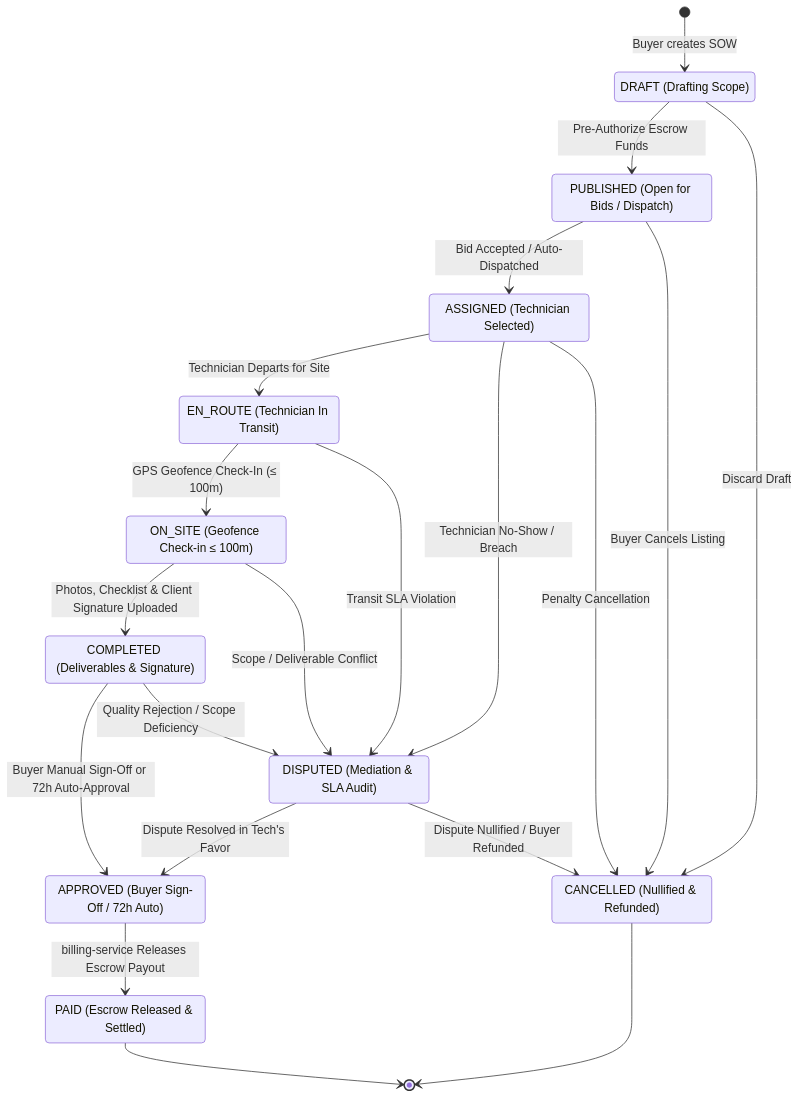
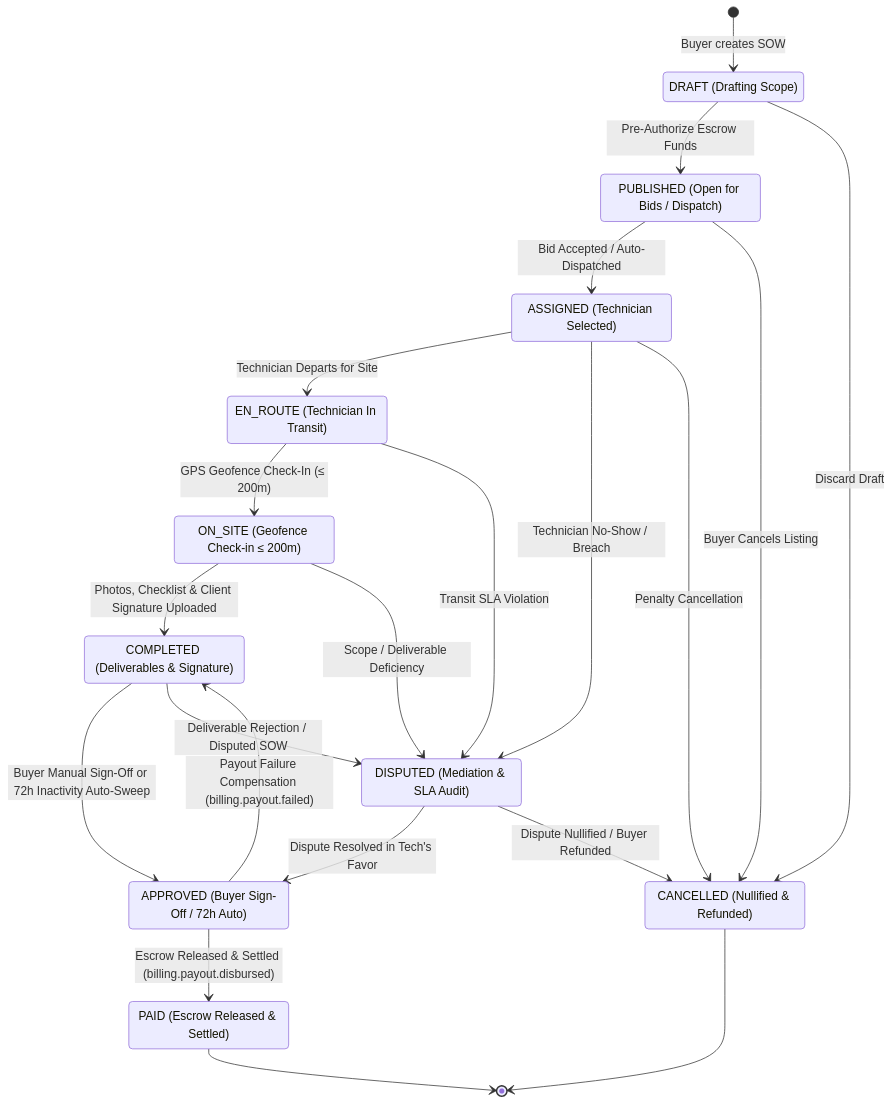
One commit to satya-ranjon/FieldForge changed the fifth of 5 diagrams in README.md. Above: the diagram before and after it, drawn with Mermaid. The commit also changed other lines of this file and 10 other files, not shown here.

````diff
--- a/README.md
+++ b/README.md
@@ -360,44 +456,45 @@
 ```mermaid
 stateDiagram-v2
     direction TB
 
     [*] --> DRAFT : Buyer creates SOW
 
     state "DRAFT (Drafting Scope)" as DRAFT
     state "PUBLISHED (Open for Bids / Dispatch)" as PUBLISHED
     state "ASSIGNED (Technician Selected)" as ASSIGNED
     state "EN_ROUTE (Technician In Transit)" as EN_ROUTE
-    state "ON_SITE (Geofence Check-in ≤ 100m)" as ON_SITE
+    state "ON_SITE (Geofence Check-in ≤ 200m)" as ON_SITE
     state "COMPLETED (Deliverables & Signature)" as COMPLETED
     state "APPROVED (Buyer Sign-Off / 72h Auto)" as APPROVED
     state "PAID (Escrow Released & Settled)" as PAID
     state "DISPUTED (Mediation & SLA Audit)" as DISPUTED
     state "CANCELLED (Nullified & Refunded)" as CANCELLED
 
     DRAFT --> PUBLISHED : Pre-Authorize Escrow Funds
     DRAFT --> CANCELLED : Discard Draft
 
     PUBLISHED --> ASSIGNED : Bid Accepted / Auto-Dispatched
     PUBLISHED --> CANCELLED : Buyer Cancels Listing
 
     ASSIGNED --> EN_ROUTE : Technician Departs for Site
     ASSIGNED --> DISPUTED : Technician No-Show / Breach
     ASSIGNED --> CANCELLED : Penalty Cancellation
 
-    EN_ROUTE --> ON_SITE : GPS Geofence Check-In (≤ 100m)
+    EN_ROUTE --> ON_SITE : GPS Geofence Check-In (≤ 200m)
     EN_ROUTE --> DISPUTED : Transit SLA Violation
 
     ON_SITE --> COMPLETED : Photos, Checklist & Client Signature Uploaded
-    ON_SITE --> DISPUTED : Scope / Deliverable Conflict
+    ON_SITE --> DISPUTED : Scope / Deliverable Deficiency
 
-    COMPLETED --> APPROVED : Buyer Manual Sign-Off or 72h Auto-Approval
-    COMPLETED --> DISPUTED : Quality Rejection / Scope Deficiency
+    COMPLETED --> APPROVED : Buyer Manual Sign-Off or 72h Inactivity Auto-Sweep
+    COMPLETED --> DISPUTED : Deliverable Rejection / Disputed SOW
 
-    APPROVED --> PAID : billing-service Releases Escrow Payout
+    APPROVED --> PAID : Escrow Released & Settled (billing.payout.disbursed)
+    APPROVED --> COMPLETED : Payout Failure Compensation (billing.payout.failed)
 
     DISPUTED --> APPROVED : Dispute Resolved in Tech's Favor
     DISPUTED --> CANCELLED : Dispute Nullified / Buyer Refunded
 
     PAID --> [*]
     CANCELLED --> [*]
 ```
````
